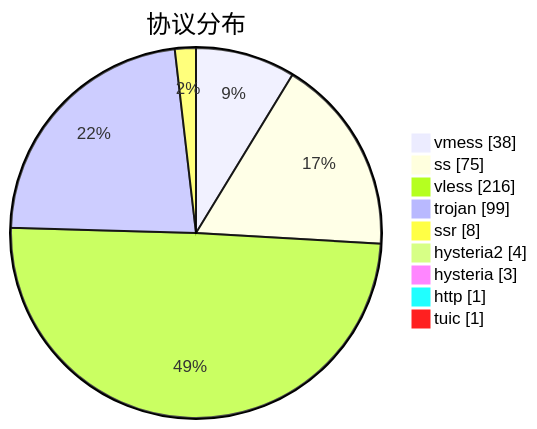
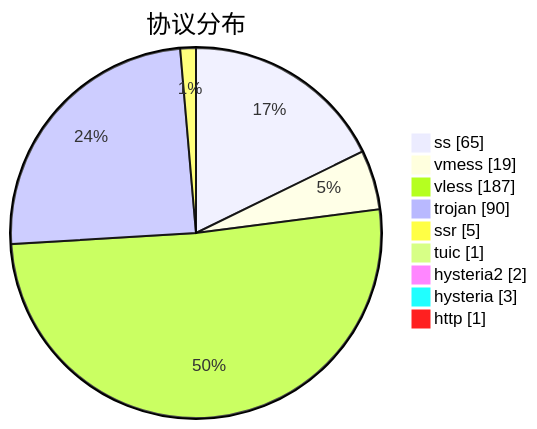
One commit to sinspired/airport changed the third of 3 diagrams in subs/statistics/tested_within.md. Above: the diagram before and after it, drawn with Mermaid. The commit also changed other lines of this file and 2 other files, not shown here.

````diff
--- a/subs/statistics/tested_within.md
+++ b/subs/statistics/tested_within.md
@@ -63,13 +55,13 @@
 ```mermaid
 pie showData
 title 协议分布
-"vmess" : 38
-"ss" : 75
-"vless" : 216
-"trojan" : 99
-"ssr" : 8
-"hysteria2" : 4
+"ss" : 65
+"vmess" : 19
+"vless" : 187
+"trojan" : 90
+"ssr" : 5
+"tuic" : 1
+"hysteria2" : 2
 "hysteria" : 3
 "http" : 1
-"tuic" : 1
 ```
````
